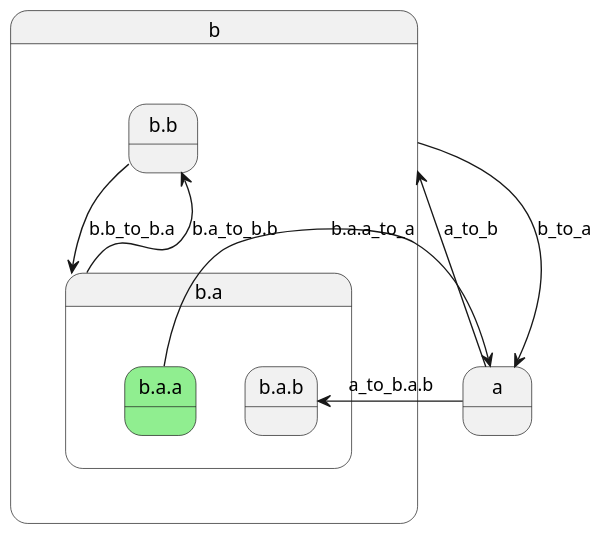
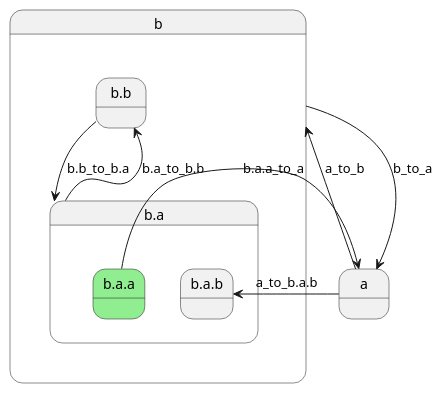
One commit to tekkies/hsm-java-plantuml changed the diagram in test-output/superstate.plantuml. Above: the diagram before and after it, drawn with PlantUML. The commit also changed 5 other files, not shown here.

```diff
--- a/test-output/superstate.plantuml
+++ b/test-output/superstate.plantuml
@@ -1,22 +1,21 @@
 @startuml
-scale 600 width
 state "b" as b  {
     state "b.b" as b.b  {
     }
     state "b.a" as b.a  {
         state "b.a.b" as b.a.b  {
         }
         state "b.a.a" as b.a.a #LightGreen {
         }
     }
 }
 state "a" as a  {
 }
 b.b --> b.a : b.b_to_b.a
 b.a.a --> a : b.a.a_to_a
 b.a --> b.b : b.a_to_b.b
 b --> a : b_to_a
 a --> b : a_to_b
 a --> b.a.b : a_to_b.a.b
  
 @enduml
```
